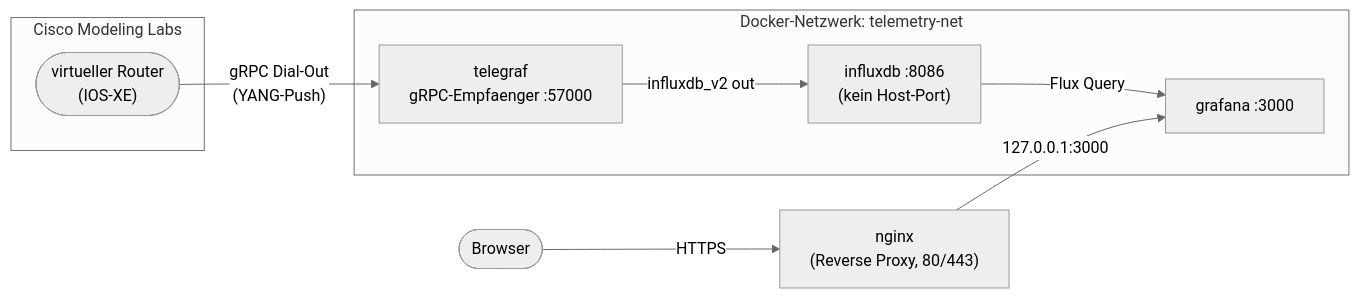
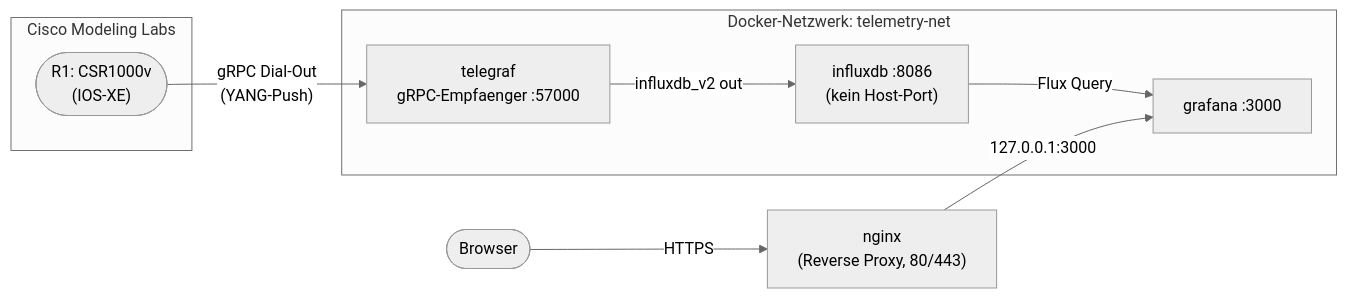
Before and after one commit to Lotter69/2026_02_linux: the diagram in Lab_10.md, drawn with Mermaid (neutral theme). The commit also changed other lines of this file, not shown here.

````diff
--- a/Lab_10.md
+++ b/Lab_10.md
@@ -103,23 +103,23 @@
 ```mermaid
 flowchart LR
     subgraph CML["Cisco Modeling Labs"]
-        Router(["virtueller Router<br/>(IOS-XE)"])
+        Router(["R1: CSR1000v<br/>(IOS-XE)"])
     end
 
     Browser(["Browser"])
 
     subgraph TelNet["Docker-Netzwerk: telemetry-net"]
         telegraf["telegraf<br/>gRPC-Empfaenger :57000"]
         influxdb["influxdb :8086<br/>(kein Host-Port)"]
         grafana["grafana :3000"]
     end
 
     nginx["nginx<br/>(Reverse Proxy, 80/443)"]
 
     Router -->|"gRPC Dial-Out<br/>(YANG-Push)"| telegraf
     telegraf -->|"influxdb_v2 out"| influxdb
     influxdb -->|"Flux Query"| grafana
 
     Browser -->|HTTPS| nginx
     nginx -->|"127.0.0.1:3000"| grafana
 ```
````
